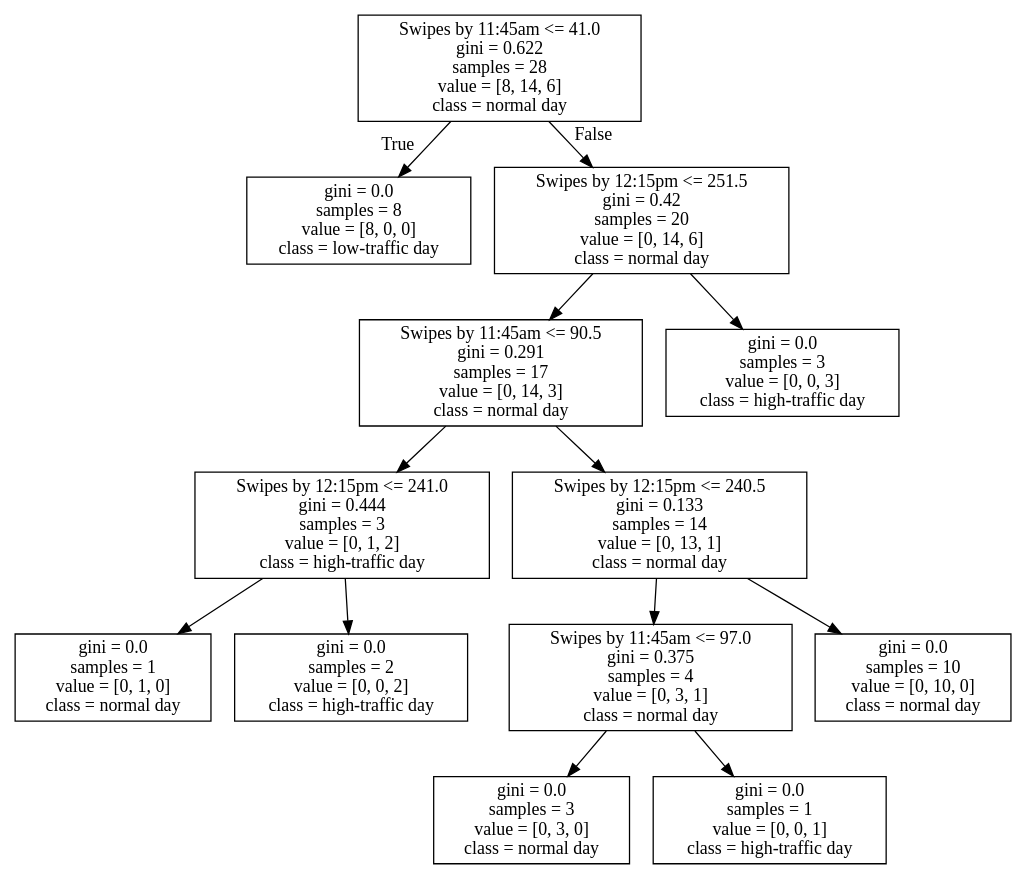
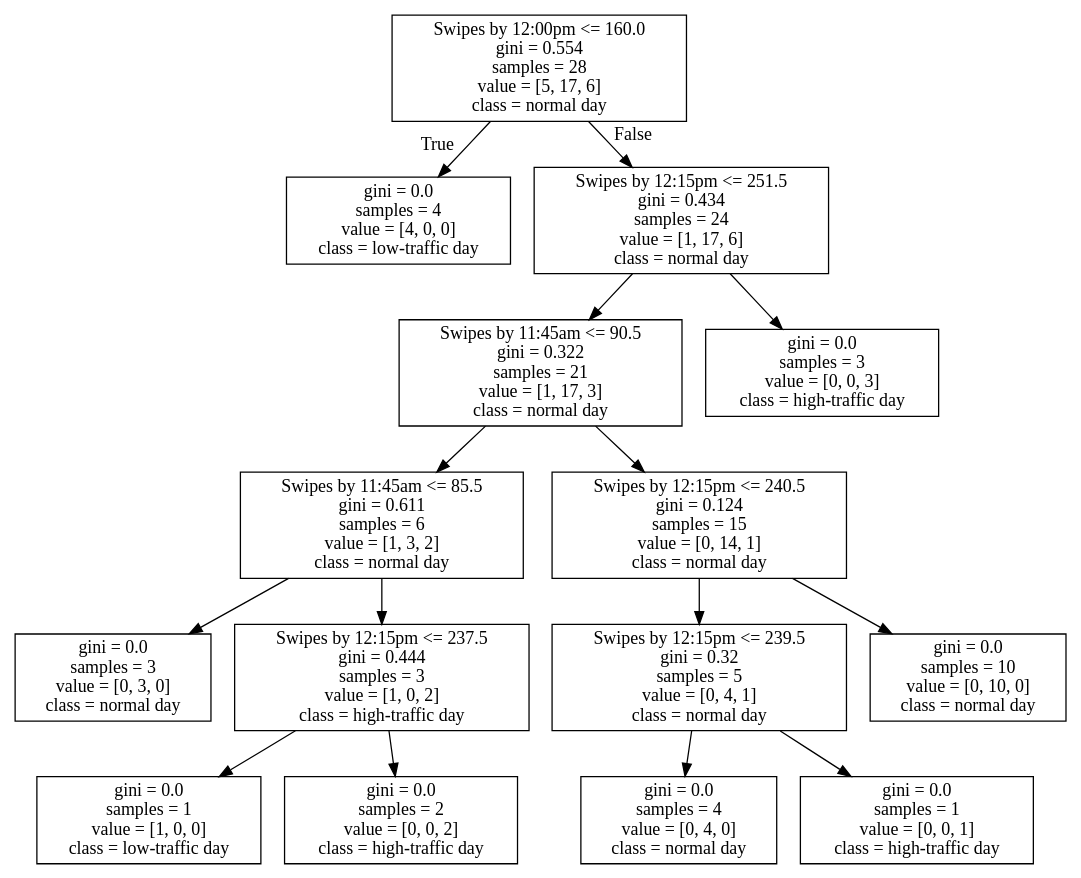
One commit to gracec10/yaledata changed the diagram in hw2_data 2/62.dot. Above: the diagram before and after it, drawn with Graphviz. The commit also changed 4 other files, not shown here.

```diff
--- a/hw2_data 2/62.dot
+++ b/hw2_data 2/62.dot
@@ -1,28 +1,32 @@
 digraph Tree {
 node [shape=box] ;
-0 [label="Swipes by 11:45am <= 41.0\ngini = 0.622\nsamples = 28\nvalue = [8, 14, 6]\nclass = normal day"] ;
-1 [label="gini = 0.0\nsamples = 8\nvalue = [8, 0, 0]\nclass = low-traffic day"] ;
+0 [label="Swipes by 12:00pm <= 160.0\ngini = 0.554\nsamples = 28\nvalue = [5, 17, 6]\nclass = normal day"] ;
+1 [label="gini = 0.0\nsamples = 4\nvalue = [4, 0, 0]\nclass = low-traffic day"] ;
 0 -> 1 [labeldistance=2.5, labelangle=45, headlabel="True"] ;
-2 [label="Swipes by 12:15pm <= 251.5\ngini = 0.42\nsamples = 20\nvalue = [0, 14, 6]\nclass = normal day"] ;
+2 [label="Swipes by 12:15pm <= 251.5\ngini = 0.434\nsamples = 24\nvalue = [1, 17, 6]\nclass = normal day"] ;
 0 -> 2 [labeldistance=2.5, labelangle=-45, headlabel="False"] ;
-3 [label="Swipes by 11:45am <= 90.5\ngini = 0.291\nsamples = 17\nvalue = [0, 14, 3]\nclass = normal day"] ;
+3 [label="Swipes by 11:45am <= 90.5\ngini = 0.322\nsamples = 21\nvalue = [1, 17, 3]\nclass = normal day"] ;
 2 -> 3 ;
-4 [label="Swipes by 12:15pm <= 241.0\ngini = 0.444\nsamples = 3\nvalue = [0, 1, 2]\nclass = high-traffic day"] ;
+4 [label="Swipes by 11:45am <= 85.5\ngini = 0.611\nsamples = 6\nvalue = [1, 3, 2]\nclass = normal day"] ;
 3 -> 4 ;
-5 [label="gini = 0.0\nsamples = 1\nvalue = [0, 1, 0]\nclass = normal day"] ;
+5 [label="gini = 0.0\nsamples = 3\nvalue = [0, 3, 0]\nclass = normal day"] ;
 4 -> 5 ;
-6 [label="gini = 0.0\nsamples = 2\nvalue = [0, 0, 2]\nclass = high-traffic day"] ;
+6 [label="Swipes by 12:15pm <= 237.5\ngini = 0.444\nsamples = 3\nvalue = [1, 0, 2]\nclass = high-traffic day"] ;
 4 -> 6 ;
-7 [label="Swipes by 12:15pm <= 240.5\ngini = 0.133\nsamples = 14\nvalue = [0, 13, 1]\nclass = normal day"] ;
-3 -> 7 ;
-8 [label="Swipes by 11:45am <= 97.0\ngini = 0.375\nsamples = 4\nvalue = [0, 3, 1]\nclass = normal day"] ;
-7 -> 8 ;
-9 [label="gini = 0.0\nsamples = 3\nvalue = [0, 3, 0]\nclass = normal day"] ;
-8 -> 9 ;
-10 [label="gini = 0.0\nsamples = 1\nvalue = [0, 0, 1]\nclass = high-traffic day"] ;
-8 -> 10 ;
-11 [label="gini = 0.0\nsamples = 10\nvalue = [0, 10, 0]\nclass = normal day"] ;
-7 -> 11 ;
-12 [label="gini = 0.0\nsamples = 3\nvalue = [0, 0, 3]\nclass = high-traffic day"] ;
-2 -> 12 ;
+7 [label="gini = 0.0\nsamples = 1\nvalue = [1, 0, 0]\nclass = low-traffic day"] ;
+6 -> 7 ;
+8 [label="gini = 0.0\nsamples = 2\nvalue = [0, 0, 2]\nclass = high-traffic day"] ;
+6 -> 8 ;
+9 [label="Swipes by 12:15pm <= 240.5\ngini = 0.124\nsamples = 15\nvalue = [0, 14, 1]\nclass = normal day"] ;
+3 -> 9 ;
+10 [label="Swipes by 12:15pm <= 239.5\ngini = 0.32\nsamples = 5\nvalue = [0, 4, 1]\nclass = normal day"] ;
+9 -> 10 ;
+11 [label="gini = 0.0\nsamples = 4\nvalue = [0, 4, 0]\nclass = normal day"] ;
+10 -> 11 ;
+12 [label="gini = 0.0\nsamples = 1\nvalue = [0, 0, 1]\nclass = high-traffic day"] ;
+10 -> 12 ;
+13 [label="gini = 0.0\nsamples = 10\nvalue = [0, 10, 0]\nclass = normal day"] ;
+9 -> 13 ;
+14 [label="gini = 0.0\nsamples = 3\nvalue = [0, 0, 3]\nclass = high-traffic day"] ;
+2 -> 14 ;
 }
```
